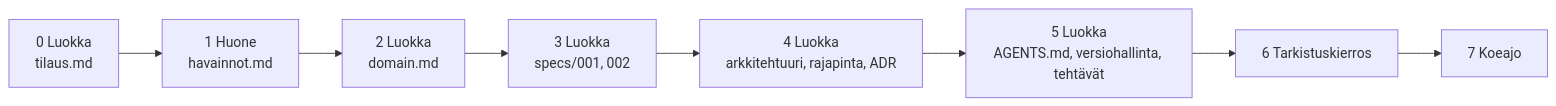
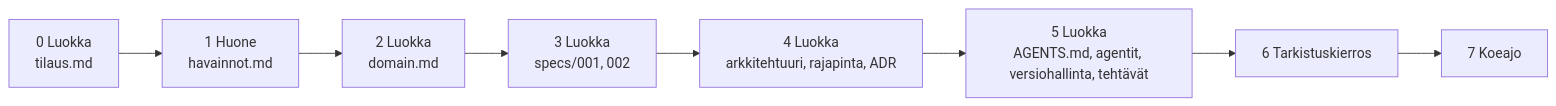
One commit to xamk-ture/pelihuone_AI changed the diagram in 05-Pelihuone/README.md. Above: the diagram before and after it, drawn with Mermaid. The commit also changed other lines of this file and 5 other files, not shown here.

````diff
--- a/05-Pelihuone/README.md
+++ b/05-Pelihuone/README.md
@@ -145,5 +150,5 @@
 ```mermaid
 flowchart LR
     V0["0 Luokka<br/>tilaus.md"] --> V1["1 Huone<br/>havainnot.md"] --> V2["2 Luokka<br/>domain.md"] --> V3["3 Luokka<br/>specs/001, 002"]
-    V3 --> V4["4 Luokka<br/>arkkitehtuuri, rajapinta, ADR"] --> V5["5 Luokka<br/>AGENTS.md, versiohallinta, tehtävät"] --> V6["6 Tarkistuskierros"] --> V7["7 Koeajo"]
+    V3 --> V4["4 Luokka<br/>arkkitehtuuri, rajapinta, ADR"] --> V5["5 Luokka<br/>AGENTS.md, agentit, versiohallinta, tehtävät"] --> V6["6 Tarkistuskierros"] --> V7["7 Koeajo"]
 ```
````
